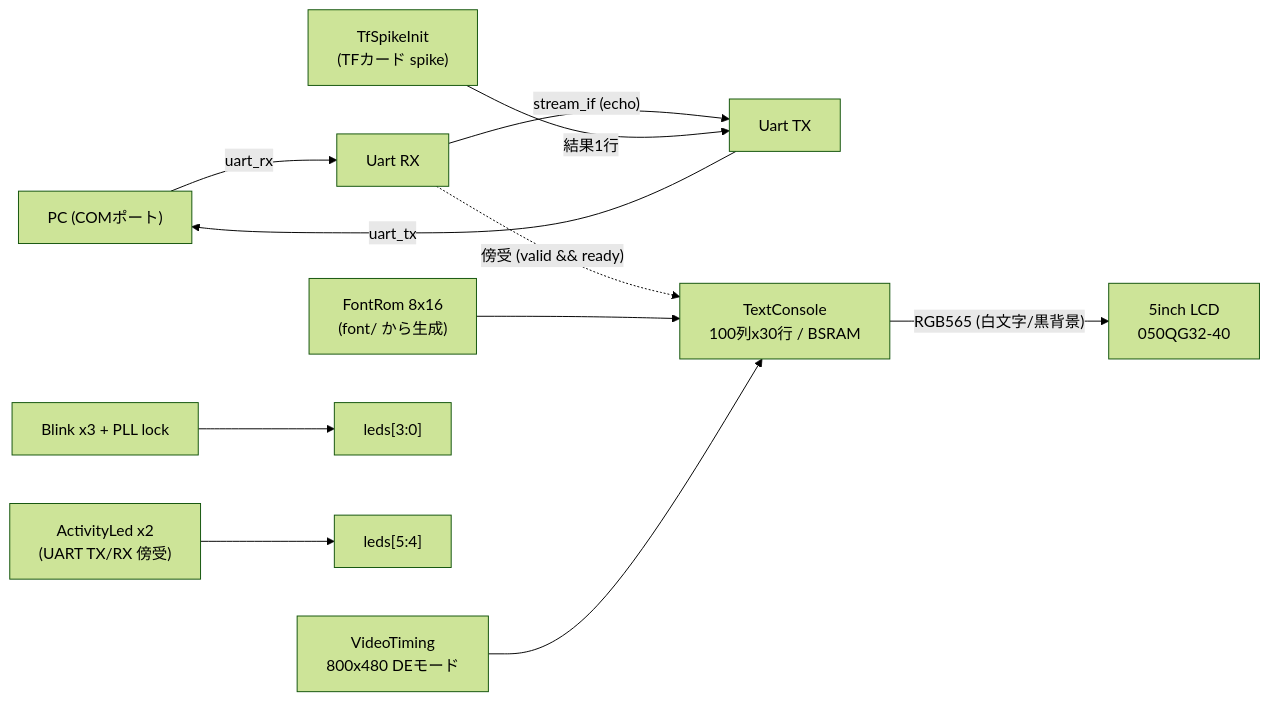
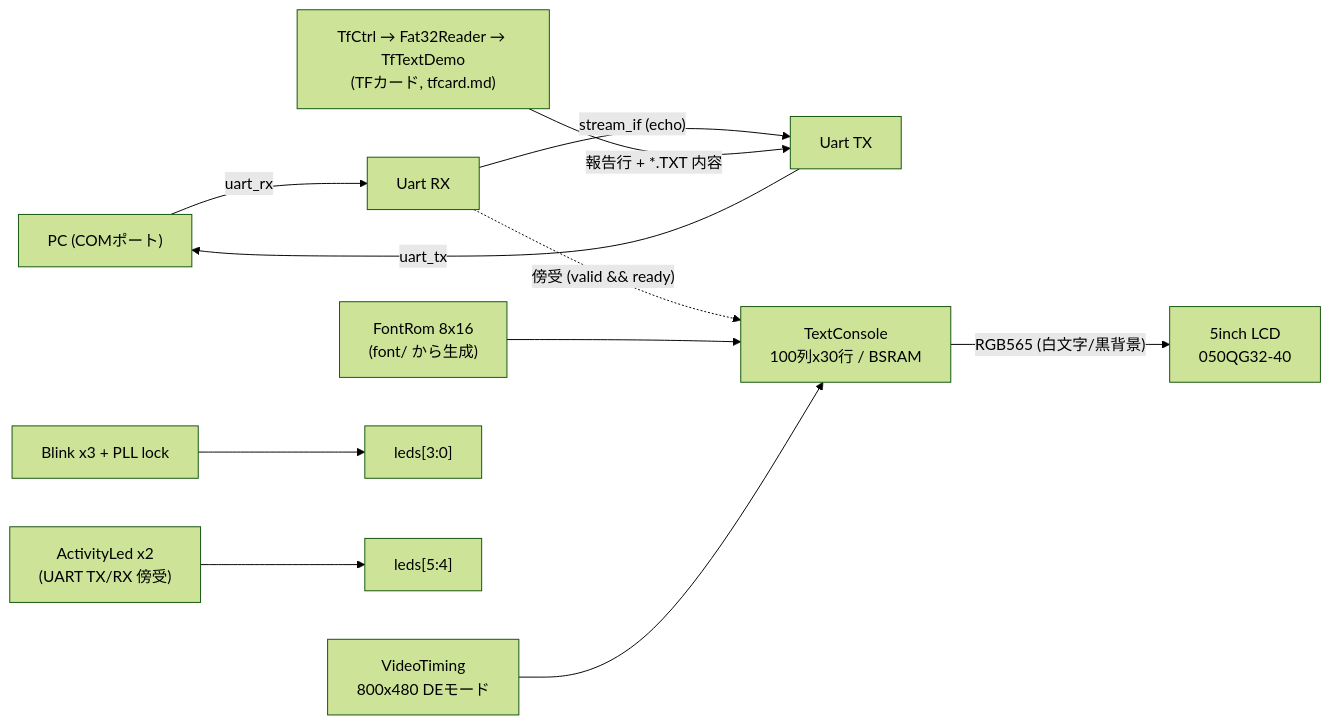
Before and after one commit to sabas0ba/hello_veryl: the diagram in docs/rtl.md, drawn with Mermaid (forest theme). The commit also changed other lines of this file and 4 other files, not shown here.

First line of the commit message:
feat: add tfcard text display demo

````diff
--- a/docs/rtl.md
+++ b/docs/rtl.md
@@ -17,13 +17,13 @@
 ```mermaid
 flowchart LR
     PC["PC (COMポート)"] -- uart_rx --> RX["Uart RX"]
     RX -- "stream_if (echo)" --> TX["Uart TX"]
     TX -- uart_tx --> PC
-    TFS["TfSpikeInit<br>(TFカード spike)"] -- "結果1行" --> TX
+    TFD["TfCtrl → Fat32Reader → TfTextDemo<br>(TFカード, tfcard.md)"] -- "報告行 + *.TXT 内容" --> TX
     RX -. "傍受 (valid && ready)" .-> CON["TextConsole<br>100列x30行 / BSRAM"]
     FONT["FontRom 8x16<br>(font/ から生成)"] --> CON
     VT["VideoTiming<br>800x480 DEモード"] --> CON
     CON -- "RGB565 (白文字/黒背景)" --> LCD["5inch LCD<br>050QG32-40"]
     BL["Blink x3 + PLL lock"] --> LEDS["leds[3:0]"]
     ACT["ActivityLed x2<br>(UART TX/RX 傍受)"] --> LEDS2["leds[5:4]"]
 ```
````
